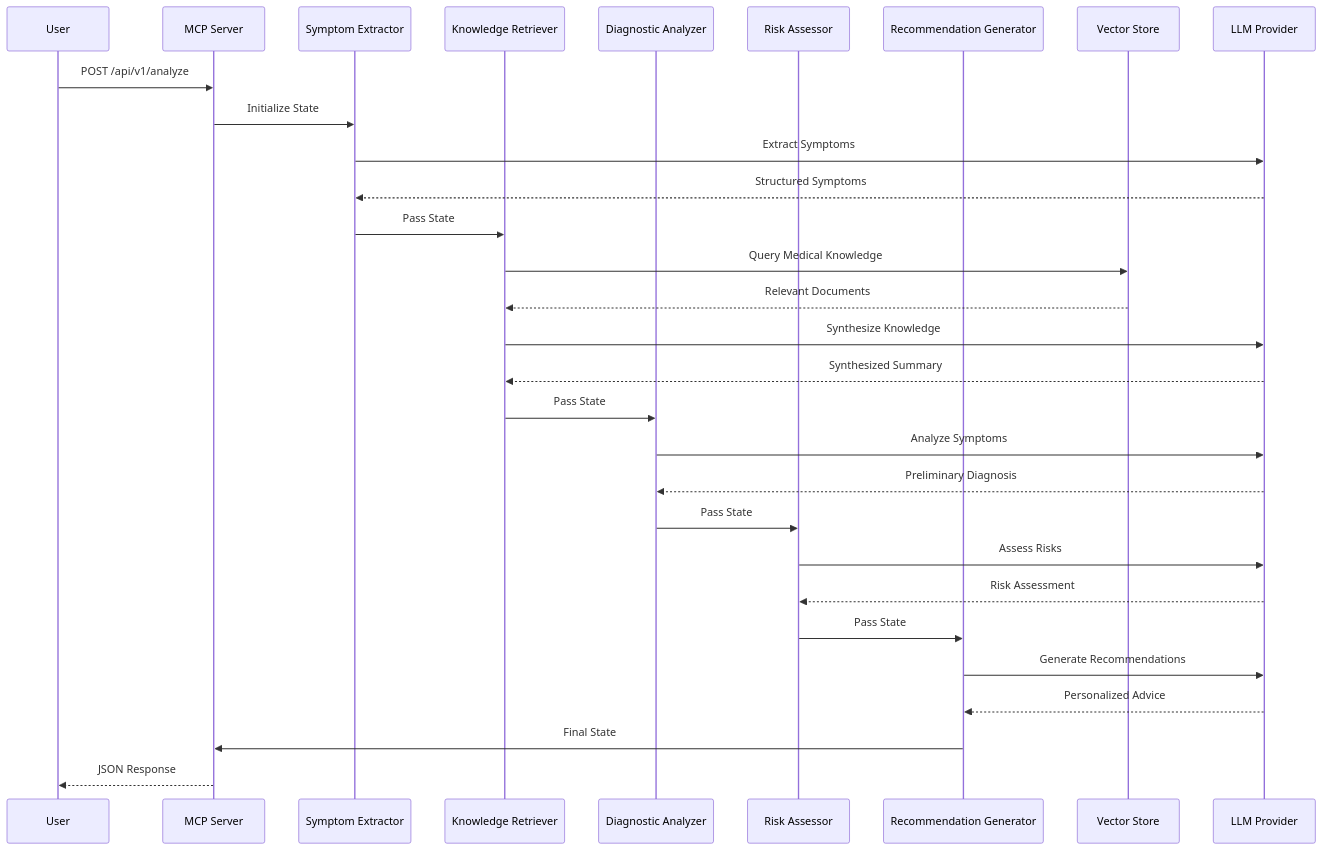
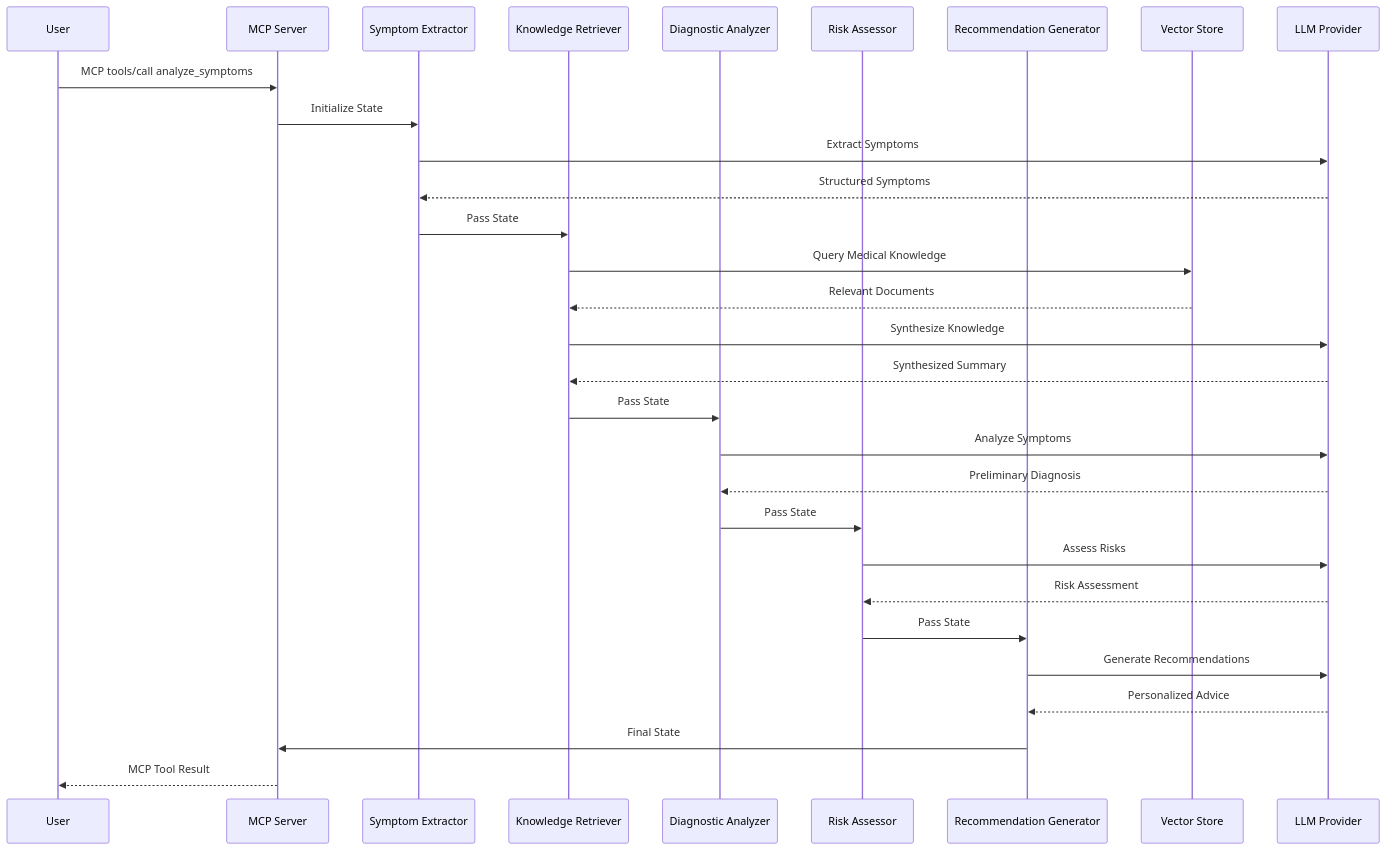
One commit to hoangsonww/SymptomSync-Health-App changed the third of 5 diagrams in agentic_ai/README.md. Above: the diagram before and after it, drawn with Mermaid. The commit also changed other lines of this file and 56 other files, not shown here.

````diff
--- a/agentic_ai/README.md
+++ b/agentic_ai/README.md
@@ -127,39 +129,39 @@
 ```mermaid
 sequenceDiagram
     participant User
     participant API as MCP Server
     participant SE as Symptom Extractor
     participant KR as Knowledge Retriever
     participant DA as Diagnostic Analyzer
     participant RA as Risk Assessor
     participant RG as Recommendation Generator
     participant VS as Vector Store
     participant LLM as LLM Provider
 
-    User->>API: POST /api/v1/analyze
+    User->>API: MCP tools/call analyze_symptoms
     API->>SE: Initialize State
 
     SE->>LLM: Extract Symptoms
     LLM-->>SE: Structured Symptoms
     SE->>KR: Pass State
 
     KR->>VS: Query Medical Knowledge
     VS-->>KR: Relevant Documents
     KR->>LLM: Synthesize Knowledge
     LLM-->>KR: Synthesized Summary
     KR->>DA: Pass State
 
     DA->>LLM: Analyze Symptoms
     LLM-->>DA: Preliminary Diagnosis
     DA->>RA: Pass State
 
     RA->>LLM: Assess Risks
     LLM-->>RA: Risk Assessment
     RA->>RG: Pass State
 
     RG->>LLM: Generate Recommendations
     LLM-->>RG: Personalized Advice
     RG->>API: Final State
 
-    API-->>User: JSON Response
+    API-->>User: MCP Tool Result
 ```
````
